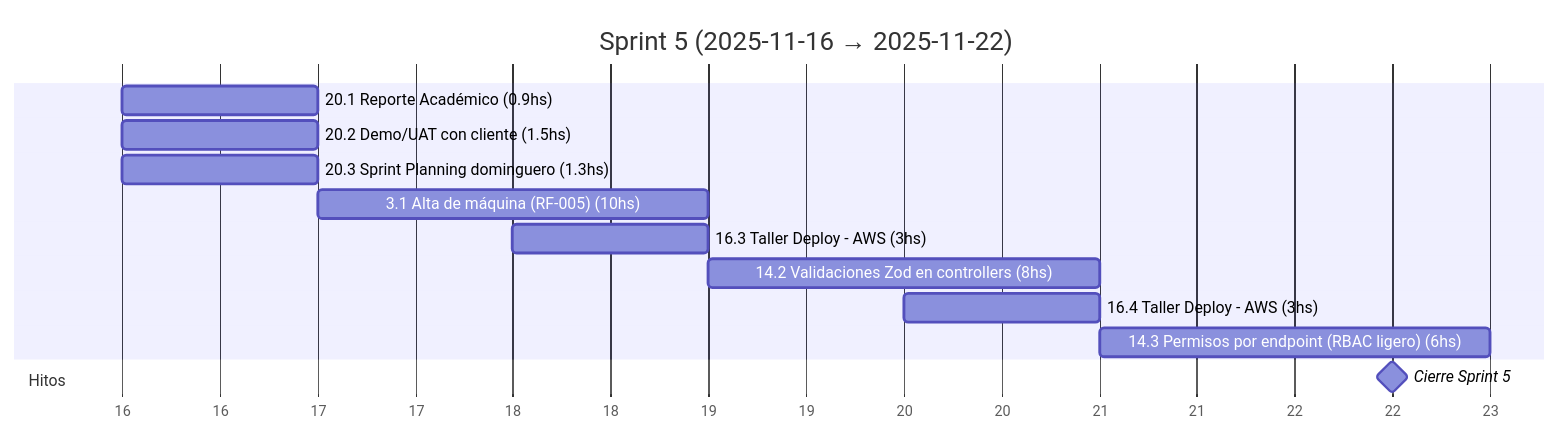
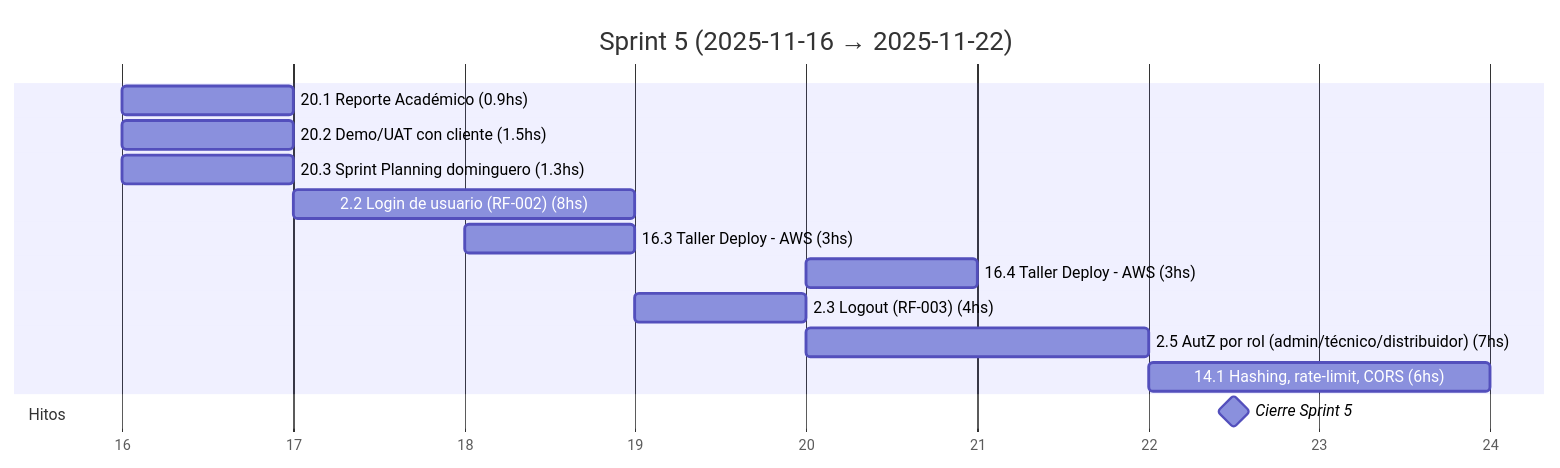
The sixth of 19 diagrams in docs/SprintsGantts.md (MarkMed/FleetMan), drawn with Mermaid before and after one commit. The commit also changed other lines of this file and 1 other file, not shown here.

````diff
--- a/docs/SprintsGantts.md
+++ b/docs/SprintsGantts.md
@@ -154,20 +154,21 @@
 ```mermaid
 gantt
   title Sprint 5 (2025-11-16 → 2025-11-22)
   dateFormat  YYYY-MM-DD
   axisFormat  %d
 
   %% Asumimos 5 h/día. Horas estimadas incluidas en el nombre.
 
   20.1 Reporte Académico (0.9hs)               :t201, 2025-11-16, 1d
   20.2 Demo/UAT con cliente (1.5hs)            :t202, 2025-11-16, 1d
   20.3 Sprint Planning dominguero (1.3hs)      :t203, 2025-11-16, 1d
-  3.1 Alta de máquina (RF-005) (10hs)          :t31, after t203, 2d
+  2.2 Login de usuario (RF-002) (8hs)          :t22, after t203, 2d
   16.3 Taller Deploy - AWS (3hs)               :t163, 2025-11-18, 1d
-  14.2 Validaciones Zod en controllers (8hs)   :t142, after t31, 2d
   16.4 Taller Deploy - AWS (3hs)               :t164, 2025-11-20, 1d
-  14.3 Permisos por endpoint (RBAC ligero) (6hs) :t143, after t142, 2d
+  2.3 Logout (RF-003) (4hs)                    :t23, after t22, 1d
+  2.5 AutZ por rol (admin/técnico/distribuidor) (7hs) :t25, after t23, 2d
+  14.1 Hashing, rate-limit, CORS (6hs)         :t141, after t25, 2d
 
   section Hitos
   Cierre Sprint 5                              :milestone, s5, 2025-11-22, 1d
 ```
````
